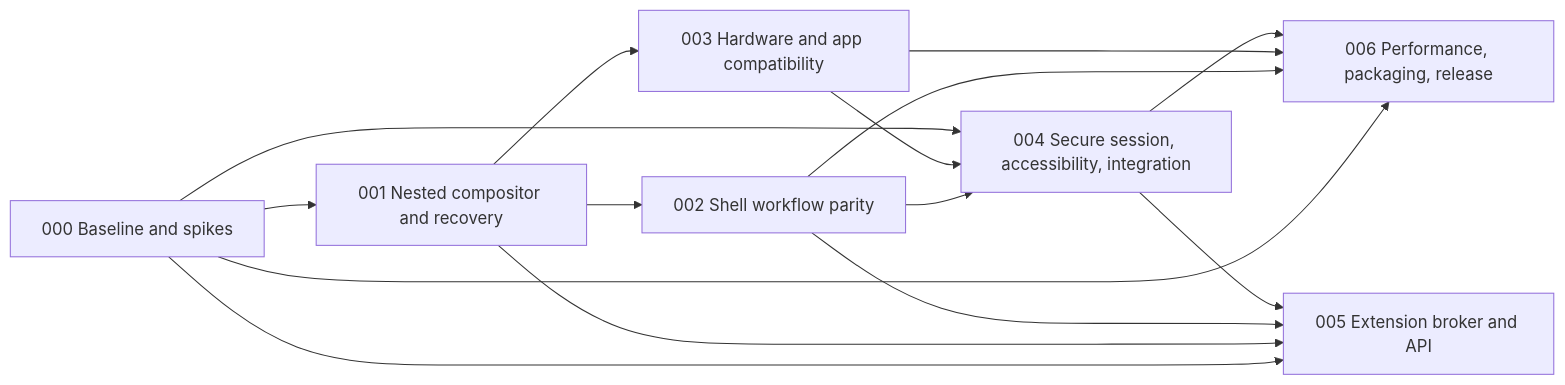
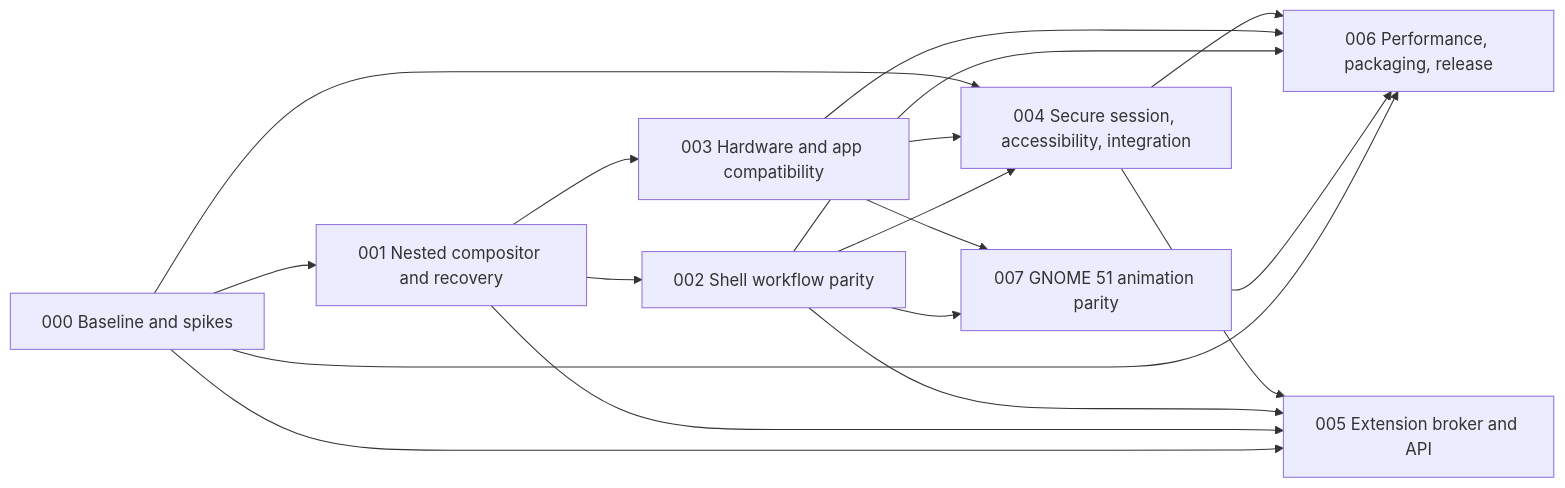
The diagram in docs/roadmap.md (hanthor/roost-desktop), drawn with Mermaid before and after one commit. The commit also changed other lines of this file and 2 other files, not shown here.

Commit message:
docs(roadmap): queue GNOME 51 animation parity and the outperform-GNOME target
Add spec 007 (GNOME 51 animation parity) to the program registry and
delivery graph. The public roadmap now states the direction: GNOME's
functionality with better performance, backed by the 2026-10-04 paired
Marlin VM numbers. It queues the animation epic (#492), the performance
epic (#503), and the rename and docs-accuracy work (#504-#507). It also
points the parity ledger link at docs/parity-ledger.md.

Claude-Session: https://claude.ai/code/session_016YpFGeYYmfpLzk2LMr8ebX

````diff
--- a/docs/roadmap.md
+++ b/docs/roadmap.md
@@ -17,17 +17,20 @@
 ```mermaid
 flowchart LR
   S0[000 Baseline and spikes] --> S1[001 Nested compositor and recovery]
   S1 --> S2[002 Shell workflow parity]
   S1 --> S3[003 Hardware and app compatibility]
   S2 --> S4[004 Secure session, accessibility, integration]
   S3 --> S4
   S0 --> S4
   S0 --> S6[006 Performance, packaging, release]
+  S2 --> S7[007 GNOME 51 animation parity]
+  S3 --> S7
+  S7 --> S6
   S2 --> S6
   S3 --> S6
   S4 --> S6
   S0 --> S5[005 Extension broker and API]
   S1 --> S5
   S2 --> S5
   S4 --> S5
 ```
````
